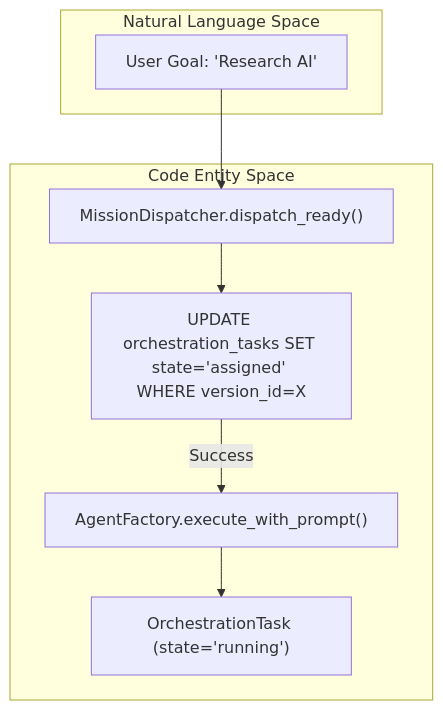
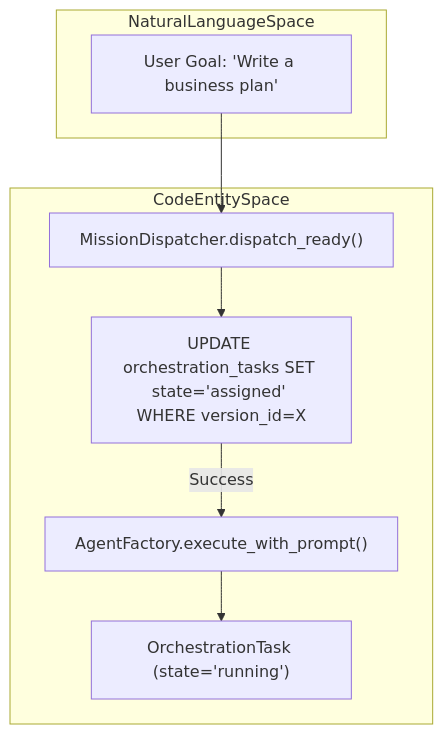
The first of 2 diagrams in docs/missions-multi-agent-coordination/coordinator-service-dispatcher.md (AutomatosAI/automatos-ai), drawn with Mermaid before and after one commit. The commit also changed other lines of this file and 153 other files, not shown here.

````diff
--- a/docs/missions-multi-agent-coordination/coordinator-service-dispatcher.md
+++ b/docs/missions-multi-agent-coordination/coordinator-service-dispatcher.md
@@ -86,18 +78,18 @@
 ```mermaid
 graph TD
-    subgraph "Natural Language Space"
-        Goal["User Goal: 'Research AI'"]
+    subgraph "NaturalLanguageSpace"
+        Goal["User Goal: 'Write a business plan'"]
     end
 
-    subgraph "Code Entity Space"
+    subgraph "CodeEntitySpace"
         Dispatcher["MissionDispatcher.dispatch_ready()"]
         SQL["UPDATE orchestration_tasks SET state='assigned' WHERE version_id=X"]
         AgentFactory["AgentFactory.execute_with_prompt()"]
         TaskModel["OrchestrationTask (state='running')"]
     end
 
     Goal --> Dispatcher
     Dispatcher --> SQL
     SQL -- "Success" --> AgentFactory
     AgentFactory --> TaskModel
 ```
````
